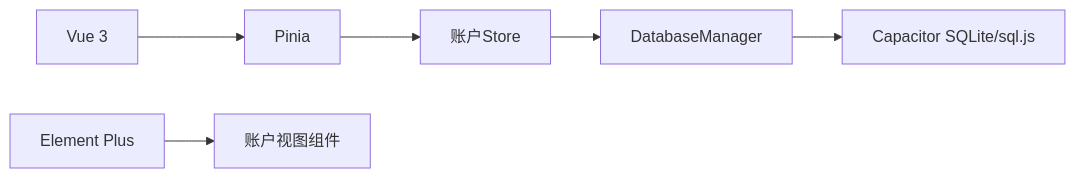
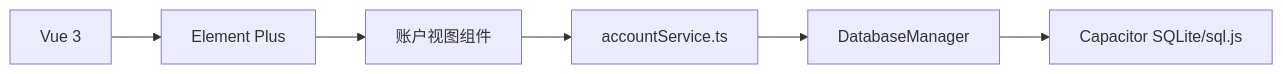
Diagram 11 of 11 in .qoder/repowiki/zh/content/账户管理/账户管理.md (xiao-lin-unit/yuan), drawn with Mermaid before and after one commit. The commit also changed other lines of this file and 19 other files, not shown here.

````diff
--- a/.qoder/repowiki/zh/content/账户管理/账户管理.md
+++ b/.qoder/repowiki/zh/content/账户管理/账户管理.md
@@ -343,8 +385,8 @@
 ```mermaid
 graph LR
-Vue["Vue 3"] --> Pinia["Pinia"]
-ElementPlus["Element Plus"] --> Views["账户视图组件"]
-Pinia --> Store["账户Store"]
-Store --> DBMgr["DatabaseManager"]
+Vue["Vue 3"] --> ElementPlus["Element Plus"]
+ElementPlus --> Views["账户视图组件"]
+Views --> Services["accountService.ts"]
+Services --> DBMgr["DatabaseManager"]
 DBMgr --> SQLite["Capacitor SQLite/sql.js"]
 ```
````
